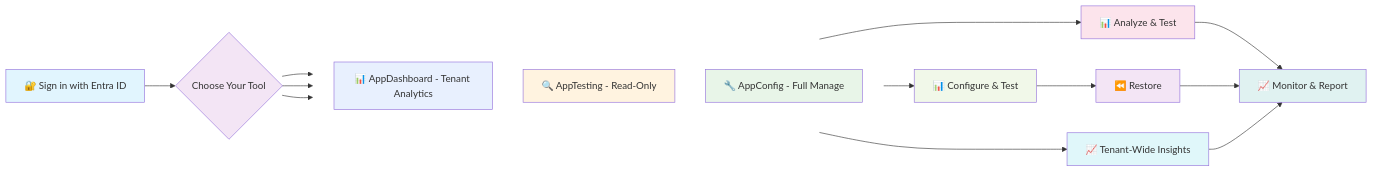
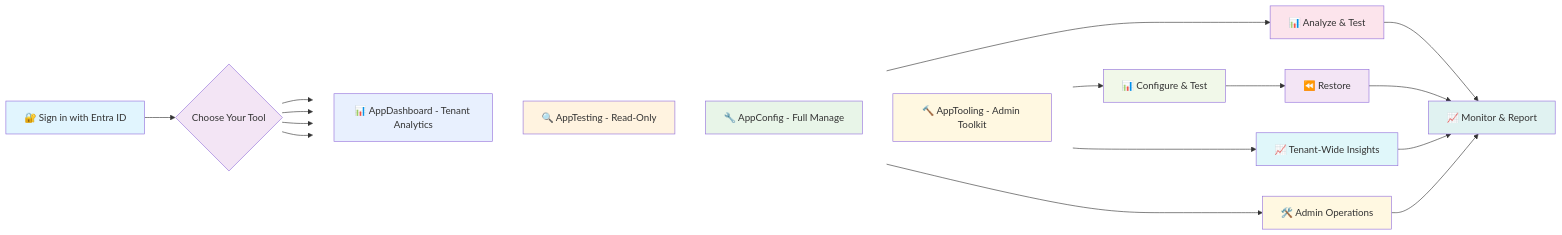
The diagram in README.md (toninofilip/appconfig-suite), drawn with Mermaid before and after one commit. The commit also changed other lines of this file and 2 other files, not shown here.

Commit message:
Content update: README, Features Guide, Architecture Overview

````diff
--- a/README.md
+++ b/README.md
@@ -140,37 +152,43 @@
 ```mermaid
 flowchart LR
     A[🔐 Sign in with Entra ID] --> B{Choose Your Tool}
 
     subgraph S[ ]
       direction TB
       I[📊 AppDashboard - Tenant Analytics]
       D[🔍 AppTesting - Read-Only]
       C[🔧 AppConfig - Full Manage]
+      T[🔨 AppTooling - Admin Toolkit]
     end
     style S fill:transparent,stroke:transparent
 
     B --> I
     B --> D
     B --> C
+    B --> T
 
     %% Paths
     I --> J[📈 Tenant-Wide Insights]
     D --> F[📊 Analyze & Test]
     C --> E[📊 Configure & Test]
+    T --> K[🛠️ Admin Operations]
     E --> G[⏪ Restore]
     F --> H[📈 Monitor & Report]
     G --> H
     J --> H
+    K --> H
 
     %% Styling
     style A fill:#e1f5fe
     style B fill:#f3e5f5
     style C fill:#e8f5e8
     style D fill:#fff3e0
     style I fill:#e8f0fe
+    style T fill:#fff8e1
     style E fill:#f1f8e9
     style F fill:#fce4ec
     style G fill:#f3e5f5
     style J fill:#e0f7fa
+    style K fill:#fff8e1
     style H fill:#e0f2f1
 ```
````
